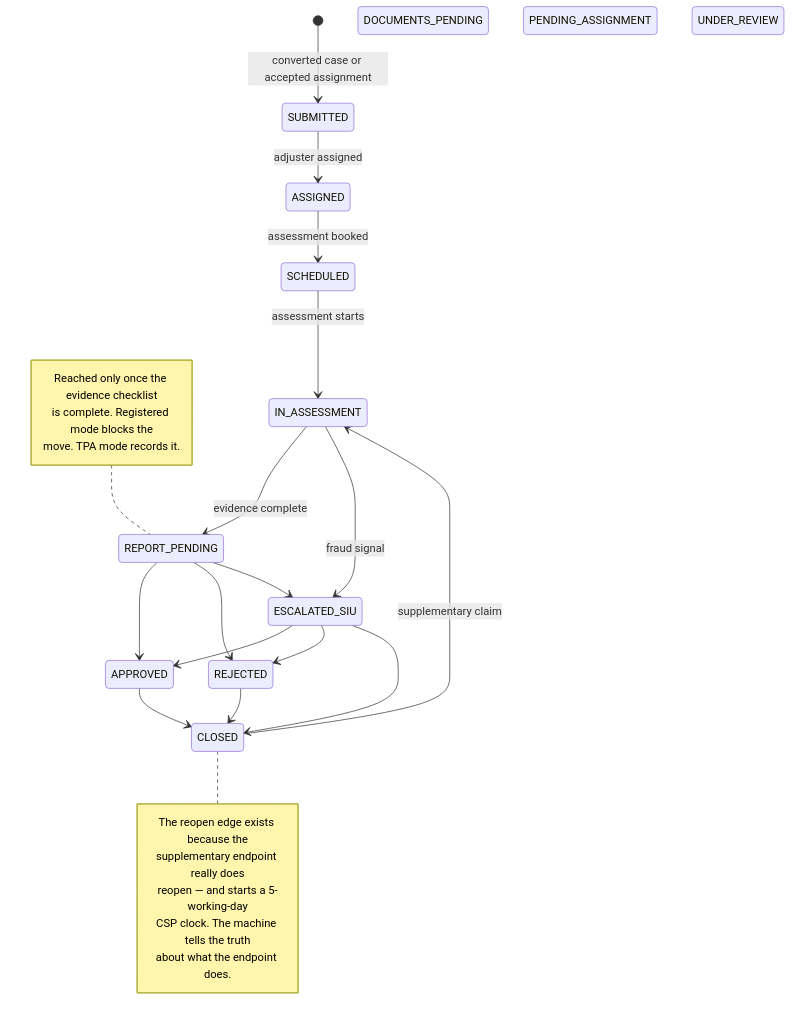
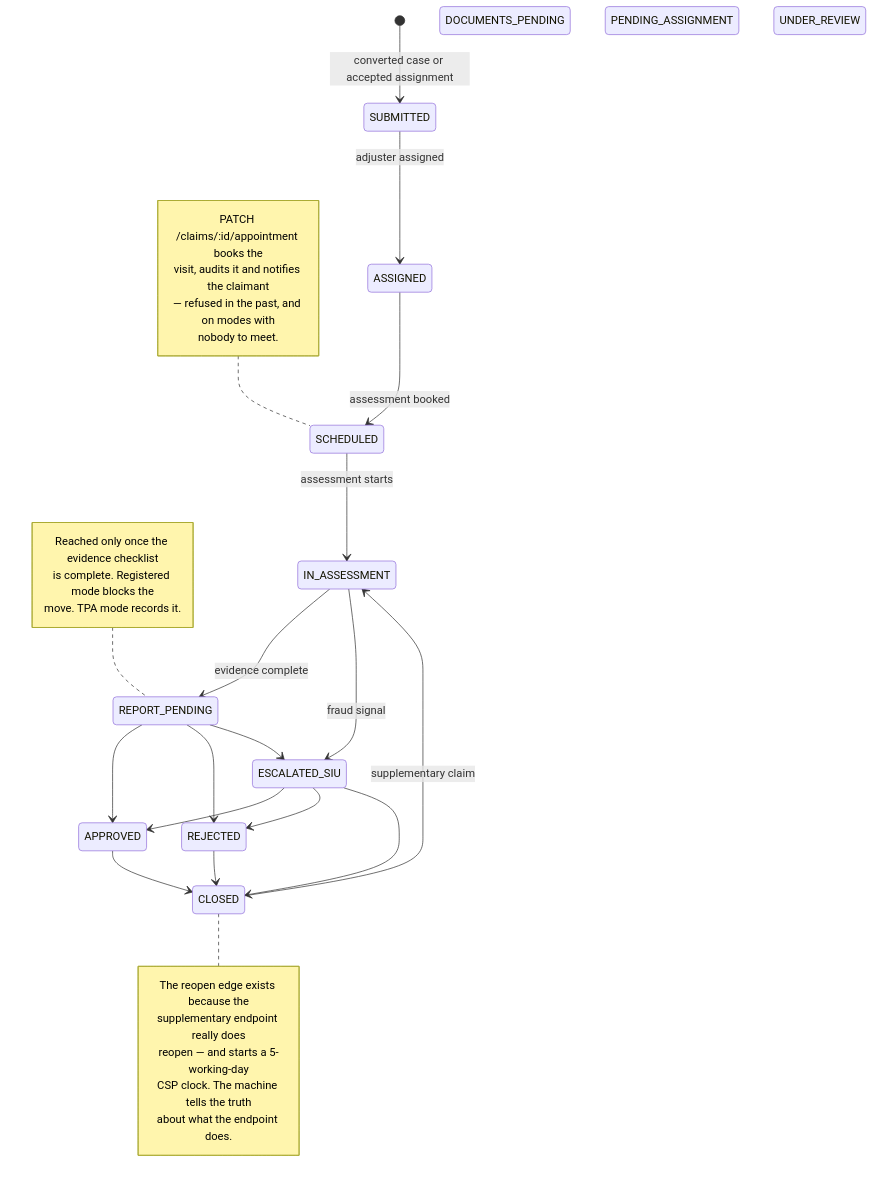
The sixth of 11 diagrams in docs/USER_FLOWS.md (leobarcove/true-claim-insight), drawn with Mermaid before and after one commit. The commit also changed other lines of this file and 3 other files, not shown here.

````diff
--- a/docs/USER_FLOWS.md
+++ b/docs/USER_FLOWS.md
@@ -306,41 +314,48 @@
 ```mermaid
 stateDiagram-v2
     [*] --> SUBMITTED: converted case or accepted assignment
 
     SUBMITTED --> ASSIGNED: adjuster assigned
     ASSIGNED --> SCHEDULED: assessment booked
     SCHEDULED --> IN_ASSESSMENT: assessment starts
     IN_ASSESSMENT --> REPORT_PENDING: evidence complete
     REPORT_PENDING --> APPROVED
     REPORT_PENDING --> REJECTED
 
     IN_ASSESSMENT --> ESCALATED_SIU: fraud signal
     REPORT_PENDING --> ESCALATED_SIU
     ESCALATED_SIU --> APPROVED
     ESCALATED_SIU --> REJECTED
     ESCALATED_SIU --> CLOSED
 
 
     APPROVED --> CLOSED
     REJECTED --> CLOSED
 
     CLOSED --> IN_ASSESSMENT: supplementary claim
 
     DOCUMENTS_PENDING
     PENDING_ASSIGNMENT
     UNDER_REVIEW
 
     note right of CLOSED
         The reopen edge exists because the
         supplementary endpoint really does
         reopen — and starts a 5-working-day
         CSP clock. The machine tells the truth
         about what the endpoint does.
     end note
 
     note left of REPORT_PENDING
         Reached only once the evidence checklist
         is complete. Registered mode blocks the
         move. TPA mode records it.
     end note
+
+    note left of SCHEDULED
+        PATCH /claims/:id/appointment books the
+        visit, audits it and notifies the claimant
+        — refused in the past, and on modes with
+        nobody to meet.
+    end note
 ```
````
